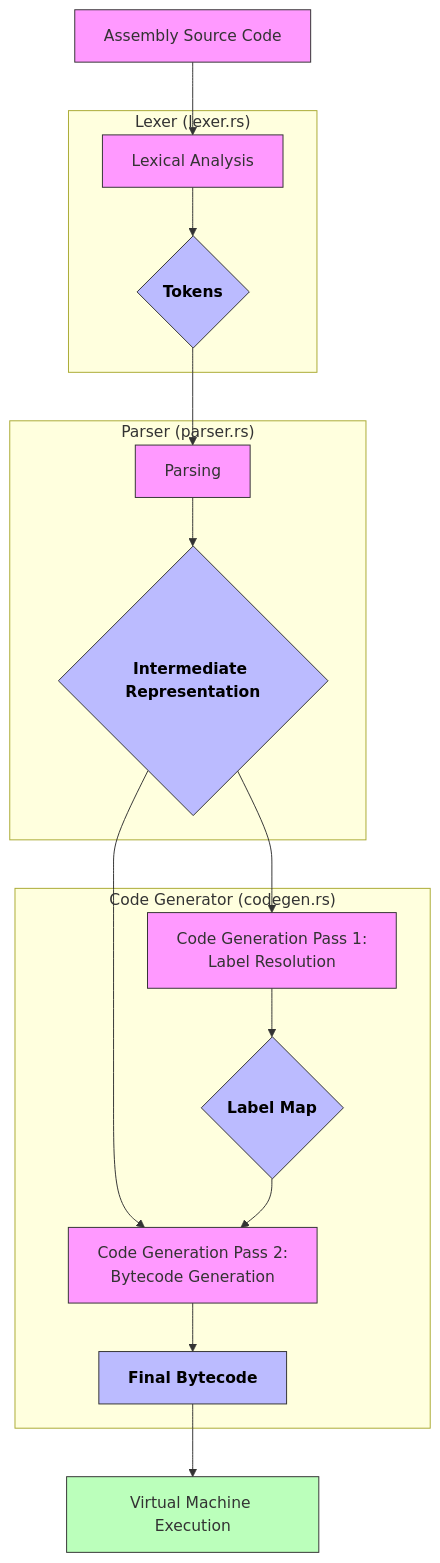
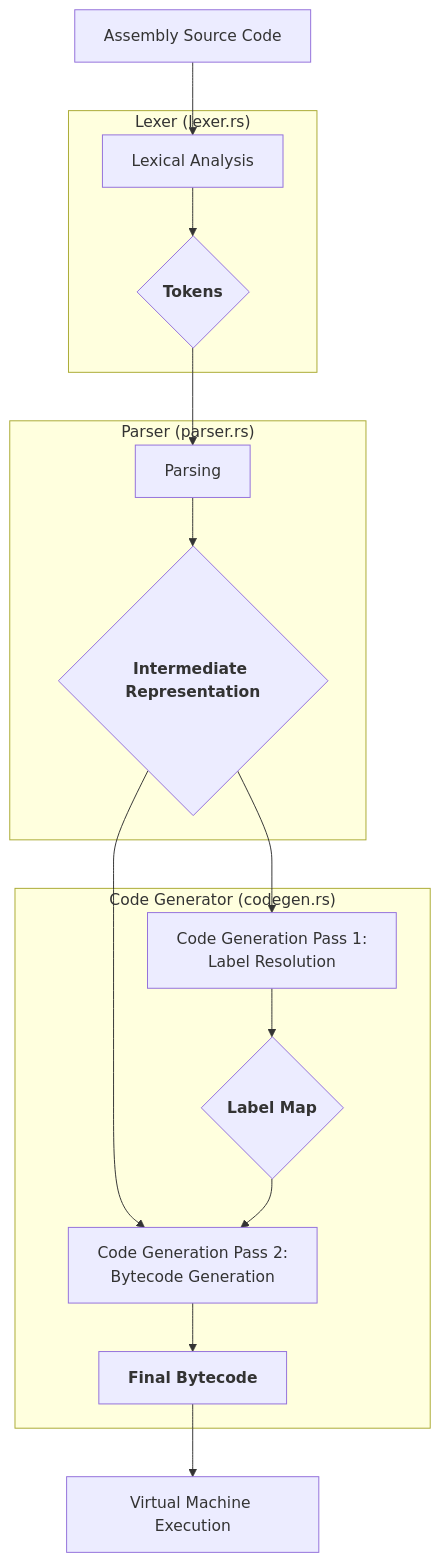
One commit to dtg-lucifer/16bit-vm-rust changed the fourth of 5 diagrams in README.md. Above: the diagram before and after it, drawn with Mermaid. The commit also changed other lines of this file, not shown here.

Commit message:
feat(code): major documentation change

````diff
--- a/README.md
+++ b/README.md
@@ -543,38 +527,34 @@
 ```mermaid
 graph TD
     A[Assembly Source Code] --> B[Lexical Analysis]
     B --> C{Tokens}
     C --> D[Parsing]
     D --> E{Intermediate Representation}
     E --> F[Code Generation Pass 1:<br>Label Resolution]
     F --> G{Label Map}
     E --> H[Code Generation Pass 2:<br>Bytecode Generation]
     G --> H
     H --> I[Final Bytecode]
     I --> J[Virtual Machine Execution]
 
     subgraph "Lexer (lexer.rs)"
         B
         C
     end
 
     subgraph "Parser (parser.rs)"
         D
         E
     end
 
     subgraph "Code Generator (codegen.rs)"
         F
         G
         H
         I
     end
 
-    classDef code fill:#f9f,stroke:#333;
-    classDef data fill:#bbf,stroke:#333,color:#000,font-weight:bold;
-    classDef exec fill:#bfb,stroke:#333;
+    classDef data font-weight:bold;
 
-    class A,B,D,F,H code;
     class C,E,G,I data;
-    class J exec;
 ```
````
